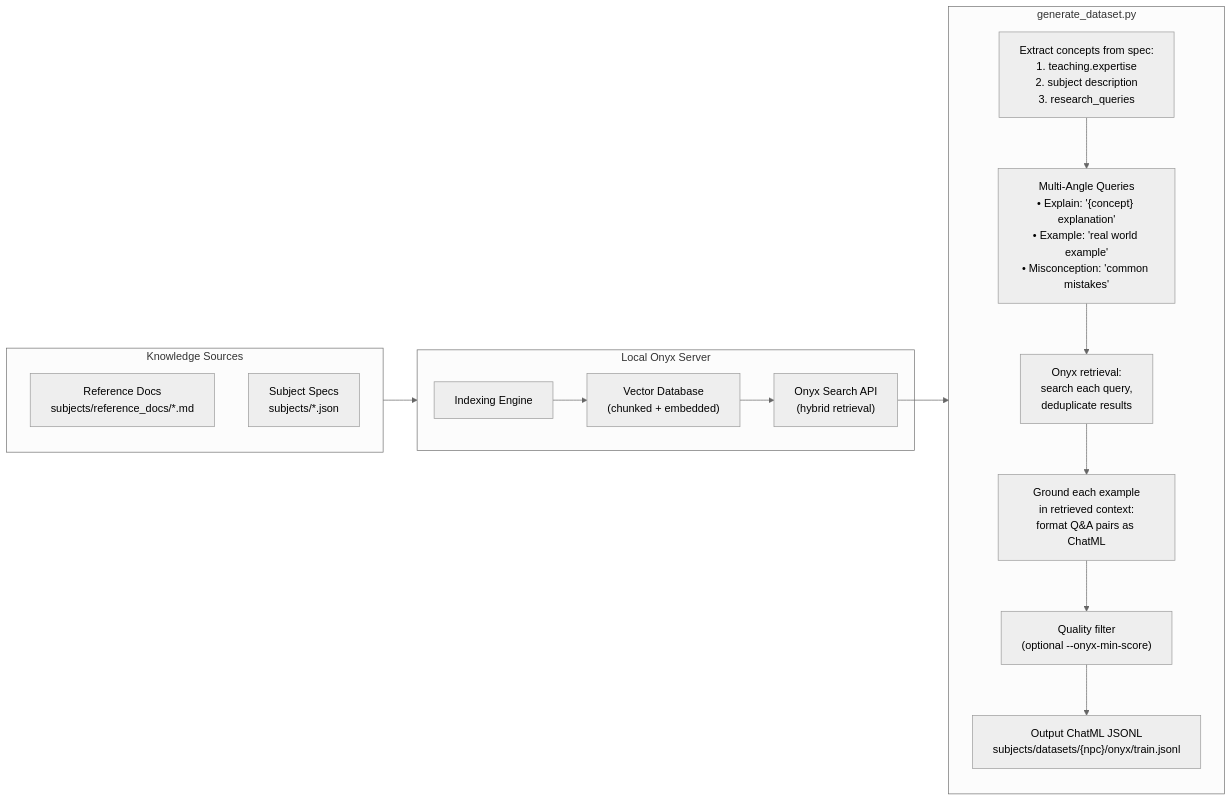
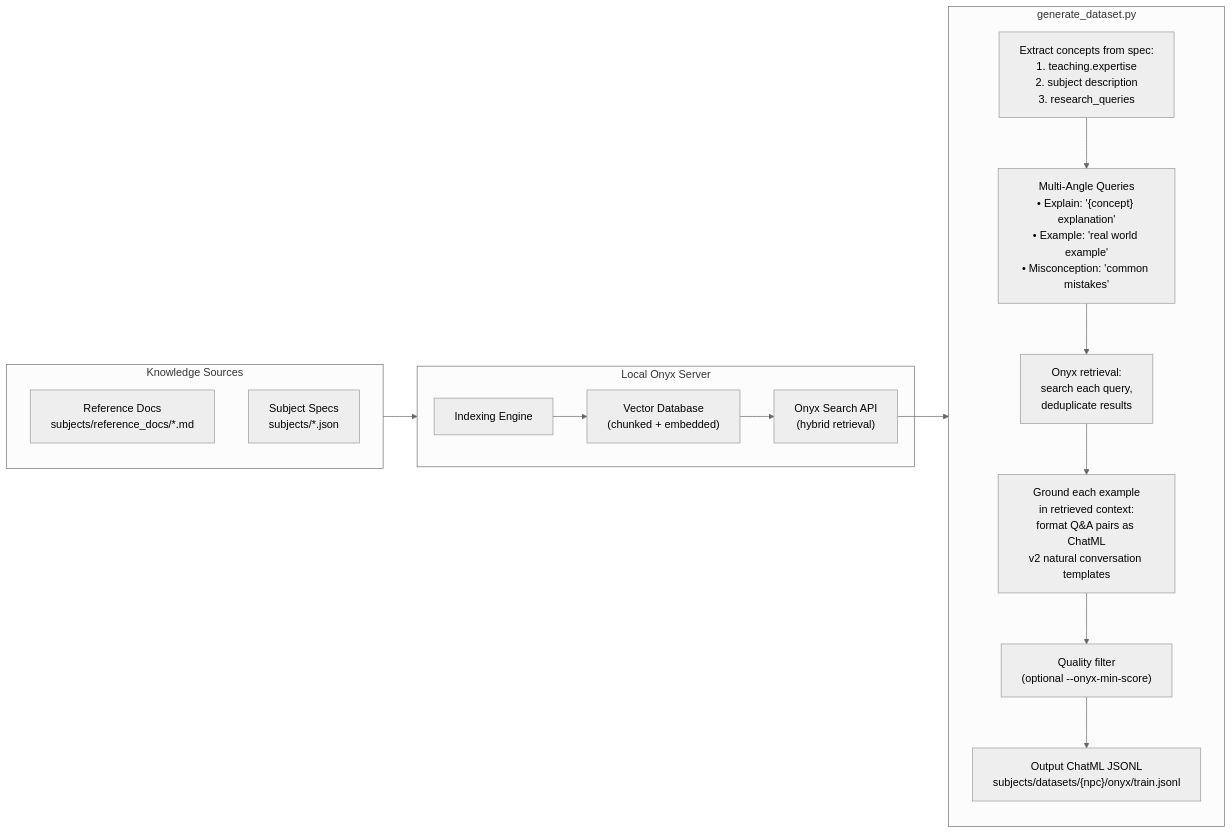
The second of 3 diagrams in docs/plans/2026-05-16-self-improving-pipeline.md (athargamedev/Unsloth_Core), drawn with Mermaid (neutral theme) before and after one commit. The commit also changed other lines of this file and 7 other files, not shown here.

````diff
--- a/docs/plans/2026-05-16-self-improving-pipeline.md
+++ b/docs/plans/2026-05-16-self-improving-pipeline.md
@@ -85,33 +126,33 @@
 ```mermaid
 flowchart LR
     subgraph Knowledge["Knowledge Sources"]
         REF_DOCS["Reference Docs<br/>subjects/reference_docs/*.md"]
         SPECS["Subject Specs<br/>subjects/*.json"]
     end
 
     subgraph Onyx["Local Onyx Server"]
         INDEX["Indexing Engine"]
         VECTOR_DB["Vector Database<br/>(chunked + embedded)"]
         RETRIEVE["Onyx Search API<br/>(hybrid retrieval)"]
         INDEX --> VECTOR_DB
         VECTOR_DB --> RETRIEVE
     end
 
     subgraph Gen["generate_dataset.py"]
         CONCEPTS["Extract concepts from spec:<br/>1. teaching.expertise<br/>2. subject description<br/>3. research_queries"]
         MULTI_Q["Multi-Angle Queries<br/>• Explain: '{concept} explanation'<br/>• Example: 'real world example'<br/>• Misconception: 'common mistakes'"]
         RETRIEVAL["Onyx retrieval:<br/>search each query,<br/>deduplicate results"]
-        GROUNDING["Ground each example<br/>in retrieved context:<br/>format Q&A pairs as ChatML"]
+        GROUNDING["Ground each example<br/>in retrieved context:<br/>format Q&A pairs as ChatML<br/>v2 natural conversation templates"]
         FILTER["Quality filter<br/>(optional --onyx-min-score)"]
         OUTPUT_JSONL["Output ChatML JSONL<br/>subjects/datasets/{npc}/onyx/train.jsonl"]
         
         CONCEPTS --> MULTI_Q
         MULTI_Q --> RETRIEVAL
         RETRIEVAL --> GROUNDING
         GROUNDING --> FILTER
         FILTER --> OUTPUT_JSONL
     end
 
     Knowledge --> Onyx
     RETRIEVE --> Gen
 ```
````
